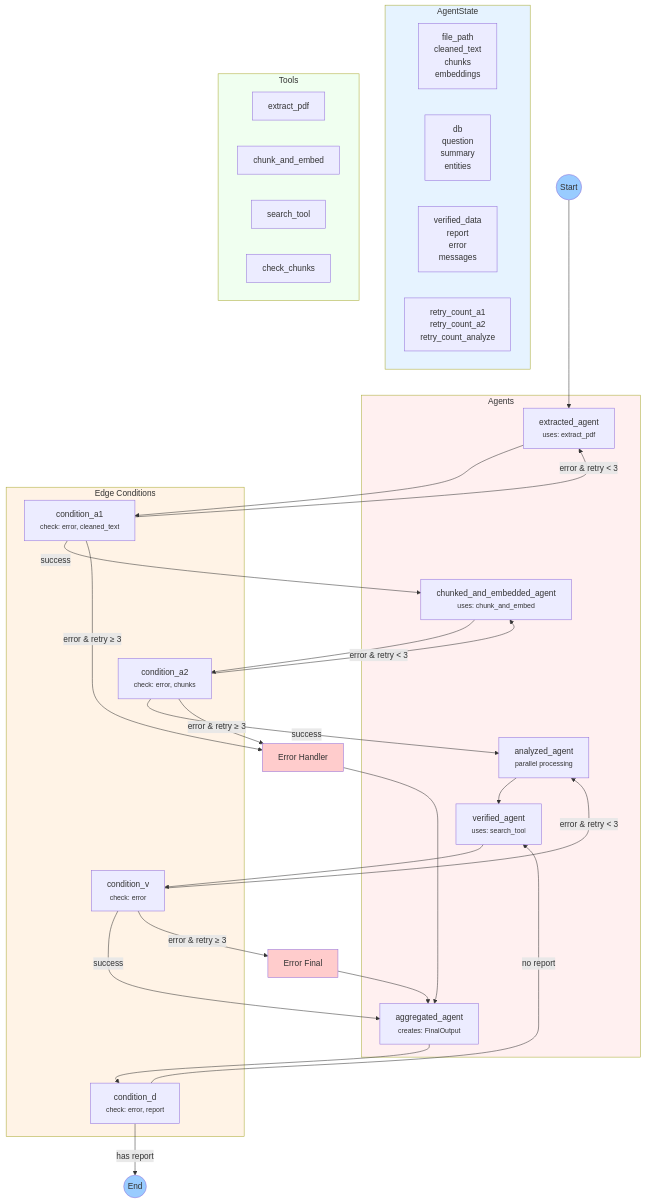
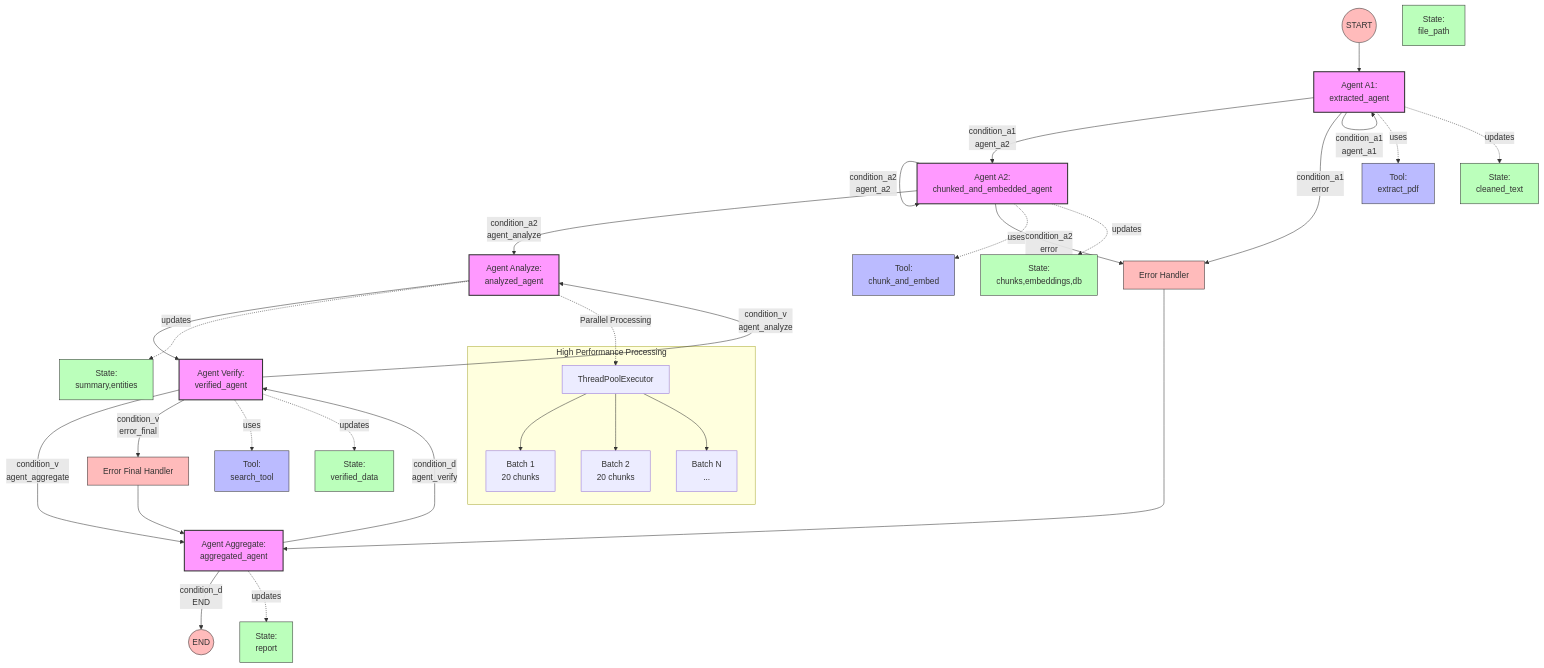
Before and after one commit to tcc3281/PDF_extract: the diagram in README.md, drawn with Mermaid. The commit also changed other lines of this file and 6 other files, not shown here.

````diff
--- a/README.md
+++ b/README.md
@@ -44,70 +30,80 @@
 ```mermaid
 graph TD
-    %% State Definition
-    subgraph State[AgentState]
-        S1[file_path<br/>cleaned_text<br/>chunks<br/>embeddings]
-        S2[db<br/>question<br/>summary<br/>entities]
-        S3[verified_data<br/>report<br/>error<br/>messages]
-        S4[retry_count_a1<br/>retry_count_a2<br/>retry_count_analyze]
+    %% Nodes
+    START((START)) --> agent_a1
+    agent_a1[Agent A1:<br/>extracted_agent] 
+    agent_a2[Agent A2:<br/>chunked_and_embedded_agent]
+    agent_analyze[Agent Analyze:<br/>analyzed_agent]
+    agent_verify[Agent Verify:<br/>verified_agent]
+    agent_aggregate[Agent Aggregate:<br/>aggregated_agent]
+    error_handler[Error Handler]
+    error_final_handler[Error Final Handler]
+    END((END))
+    
+    %% Tools
+    tool_extract[Tool:<br/>extract_pdf]
+    tool_chunk[Tool:<br/>chunk_and_embed]
+    tool_search[Tool:<br/>search_tool]
+    
+    %% States
+    state_pdf[State:<br/>file_path]
+    state_text[State:<br/>cleaned_text]
+    state_chunks[State:<br/>chunks,embeddings,db]
+    state_analysis[State:<br/>summary,entities]
+    state_verified[State:<br/>verified_data]
+    state_report[State:<br/>report]
+    
+    %% Edges with Routers
+    agent_a1 -->|condition_a1<br/>agent_a2| agent_a2
+    agent_a1 -->|condition_a1<br/>agent_a1| agent_a1
+    agent_a1 -->|condition_a1<br/>error| error_handler
+    
+    agent_a2 -->|condition_a2<br/>agent_analyze| agent_analyze
+    agent_a2 -->|condition_a2<br/>agent_a2| agent_a2
+    agent_a2 -->|condition_a2<br/>error| error_handler
+    
+    agent_analyze --> agent_verify
+    
+    agent_verify -->|condition_v<br/>agent_aggregate| agent_aggregate
+    agent_verify -->|condition_v<br/>agent_analyze| agent_analyze
+    agent_verify -->|condition_v<br/>error_final| error_final_handler
+    
+    agent_aggregate -->|condition_d<br/>agent_verify| agent_verify
+    agent_aggregate -->|condition_d<br/>END| END
+    
+    error_handler --> agent_aggregate
+    error_final_handler --> agent_aggregate
+    
+    %% Tool connections
+    agent_a1 -.->|uses| tool_extract
+    agent_a2 -.->|uses| tool_chunk
+    agent_verify -.->|uses| tool_search
+    
+    %% State transitions
+    agent_a1 -.->|updates| state_text
+    agent_a2 -.->|updates| state_chunks
+    agent_analyze -.->|updates| state_analysis
+    agent_verify -.->|updates| state_verified
+    agent_aggregate -.->|updates| state_report
+    
+    %% Parallel Processing
+    agent_analyze -.->|Parallel Processing| parallel
+    
+    subgraph "High Performance Processing"
+    parallel[ThreadPoolExecutor]
+    parallel --> batch1[Batch 1<br/>20 chunks]
+    parallel --> batch2[Batch 2<br/>20 chunks]
+    parallel --> batchN[Batch N<br/>...]
     end
-
-    %% Tools Definition
-    subgraph Tools[Tools]
-        T1[extract_pdf]
-        T2[chunk_and_embed]
-        T3[search_tool]
-        T4[check_chunks]
-    end
-
-    %% Agents & Their Tools
-    subgraph Agents[Agents]
-        A1["extracted_agent<br/><small>uses: extract_pdf</small>"]
-        A2["chunked_and_embedded_agent<br/><small>uses: chunk_and_embed</small>"]
-        AN["analyzed_agent<br/><small>parallel processing</small>"]
-        AV["verified_agent<br/><small>uses: search_tool</small>"]
-        AG["aggregated_agent<br/><small>creates: FinalOutput</small>"]
-    end
-
-    %% Router/Edge Conditions
-    subgraph Routers[Edge Conditions]
-        R1["condition_a1<br/><small>check: error, cleaned_text</small>"]
-        R2["condition_a2<br/><small>check: error, chunks</small>"]
-        R3["condition_v<br/><small>check: error</small>"]
-        R4["condition_d<br/><small>check: error, report</small>"]
-    end
-
-    %% Flow
-    START(("Start")) --> A1
-    A1 --> R1
-    R1 -->|"error & retry < 3"| A1
-    R1 -->|"success"| A2
-    R1 -->|"error & retry ≥ 3"| ERR[Error Handler]
-
-    A2 --> R2
-    R2 -->|"error & retry < 3"| A2
-    R2 -->|"success"| AN
-    R2 -->|"error & retry ≥ 3"| ERR
-
-    AN --> AV
-    AV --> R3
-    R3 -->|"error & retry < 3"| AN
-    R3 -->|"success"| AG
-    R3 -->|"error & retry ≥ 3"| ERR_F[Error Final]
-
-    AG --> R4
-    R4 -->|"no report"| AV
-    R4 -->|"has report"| END(("End"))
-
-    ERR --> AG
-    ERR_F --> AG
-
-    %% Styles
-    style START fill:#9cf
-    style END fill:#9cf
-    style ERR fill:#ffcccc
-    style ERR_F fill:#ffcccc
-    style State fill:#e6f3ff
-    style Tools fill:#f0fff0
-    style Agents fill:#fff0f0
-    style Routers fill:#fff3e6
+    
+    %% Styling
+    classDef agent fill:#f9f,stroke:#333,stroke-width:2px
+    classDef tool fill:#bbf,stroke:#333,stroke-width:1px
+    classDef state fill:#bfb,stroke:#333,stroke-width:1px
+    classDef control fill:#fbb,stroke:#333,stroke-width:1px
+    
+    class agent_a1,agent_a2,agent_analyze,agent_verify,agent_aggregate agent
+    class tool_extract,tool_chunk,tool_search tool
+    class state_pdf,state_text,state_chunks,state_analysis,state_verified,state_report state
+    class error_handler,error_final_handler,START,END control
 ```
````
